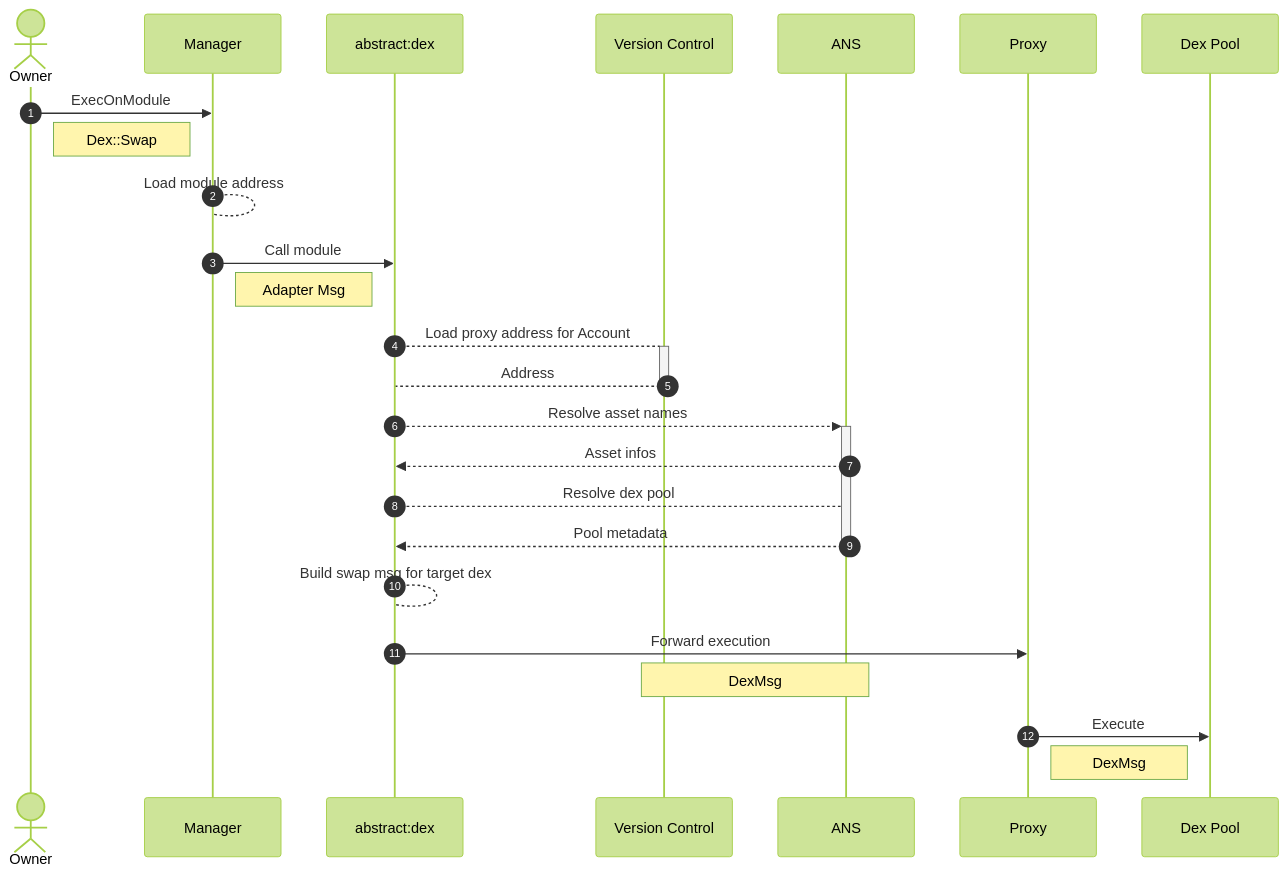
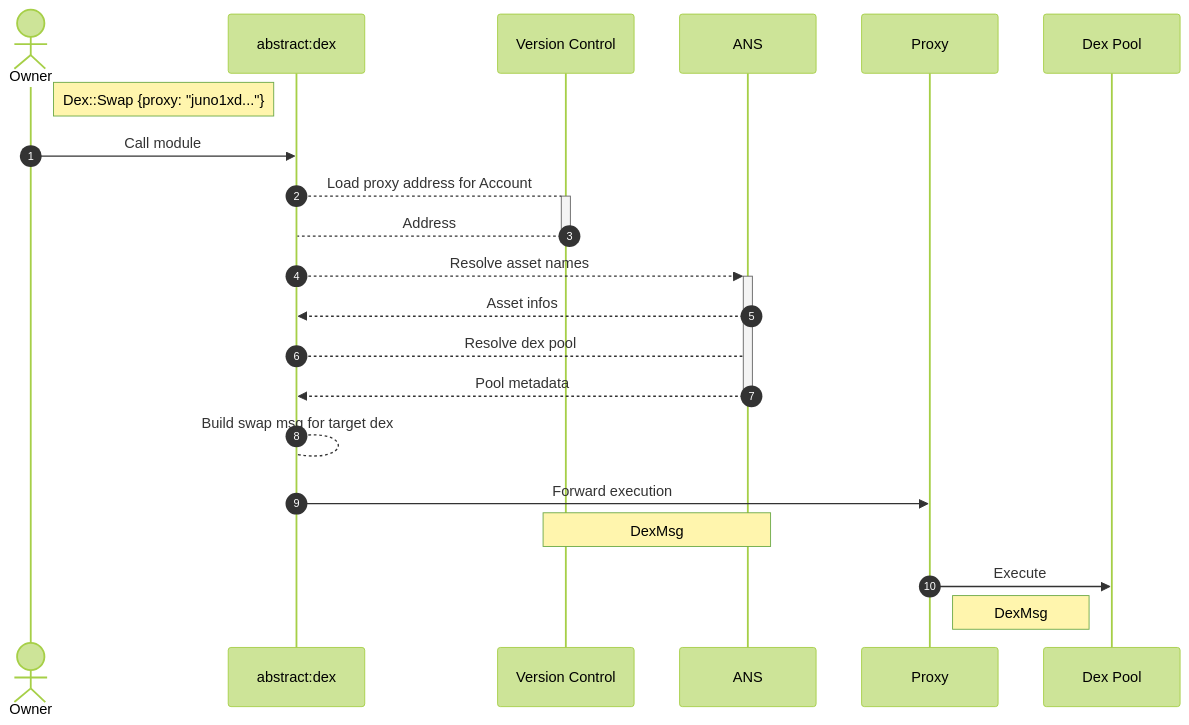
One commit to AbstractSDK/abstract changed the third of 4 diagrams in framework/docs/src/5_platform/5_module_factory.md. Above: the diagram before and after it, drawn with Mermaid (forest theme). The commit also changed other lines of this file and 5 other files, not shown here.

Commit message:
update call diagrams

````diff
--- a/framework/docs/src/5_platform/5_module_factory.md
+++ b/framework/docs/src/5_platform/5_module_factory.md
@@ -67,31 +62,23 @@
 ```mermaid
 sequenceDiagram
     autonumber
     actor U as Owner
-    participant M as Manager
     participant D as abstract:dex
     participant VC as Version Control
     participant A as ANS
     participant P as Proxy
     participant T as Dex Pool
-
-    U ->> M: ExecOnModule
-    Note right of U: Dex::Swap
-    M --> M: Load module address
-    M ->> D: Call module
-    Note right of M: Adapter Msg
+    Note right of U: Dex::Swap {proxy: "juno1xd..."}
+    U ->> D: Call module
     D -->+ VC: Load proxy address for Account
     VC -->- D: Address
-
     D -->>+ A: Resolve asset names
     A -->> D: Asset infos
     D --> A: Resolve dex pool
     A -->>- D: Pool metadata
     D --> D: Build swap msg for target dex
-
     D ->> P: Forward execution
     Note over VC, A: DexMsg
     P ->> T: Execute
     Note right of P: DexMsg
-
 ```
````
